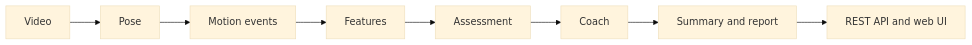
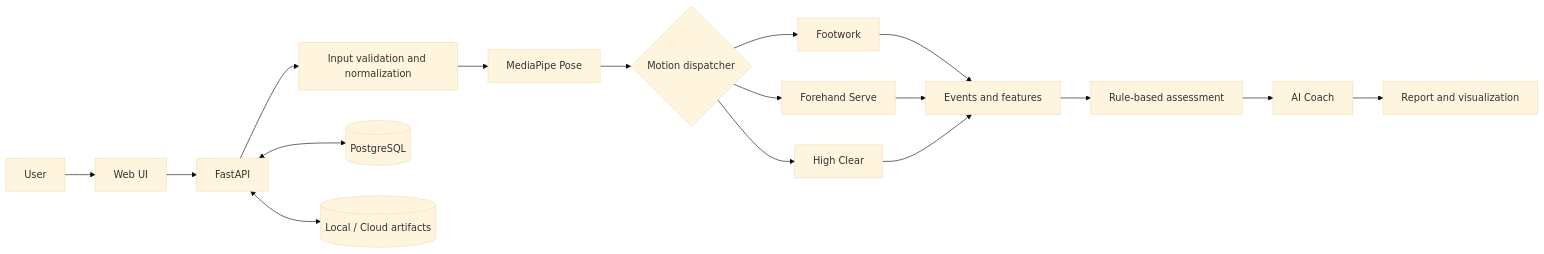
One commit to nostang/AI-Motion-Platform changed the diagram in README.md. Above: the diagram before and after it, drawn with Mermaid (base theme). The commit also changed other lines of this file, not shown here.

````diff
--- a/README.md
+++ b/README.md
@@ -46,10 +95,19 @@
 ```mermaid
 flowchart LR
-    A[Video] --> B[Pose]
-    B --> C[Motion events]
-    C --> D[Features]
-    D --> E[Assessment]
-    E --> F[Coach]
-    F --> G[Summary and report]
-    G --> H[REST API and web UI]
+    U[User] --> W[Web UI]
+    W --> A[FastAPI]
+    A --> V[Input validation and normalization]
+    V --> P[MediaPipe Pose]
+    P --> D{Motion dispatcher}
+    D --> F[Footwork]
+    D --> S[Forehand Serve]
+    D --> C[High Clear]
+    F --> E[Events and features]
+    S --> E
+    C --> E
+    E --> R[Rule-based assessment]
+    R --> K[AI Coach]
+    K --> O[Report and visualization]
+    A <--> DB[(PostgreSQL)]
+    A <--> ST[(Local / Cloud artifacts)]
 ```
````
